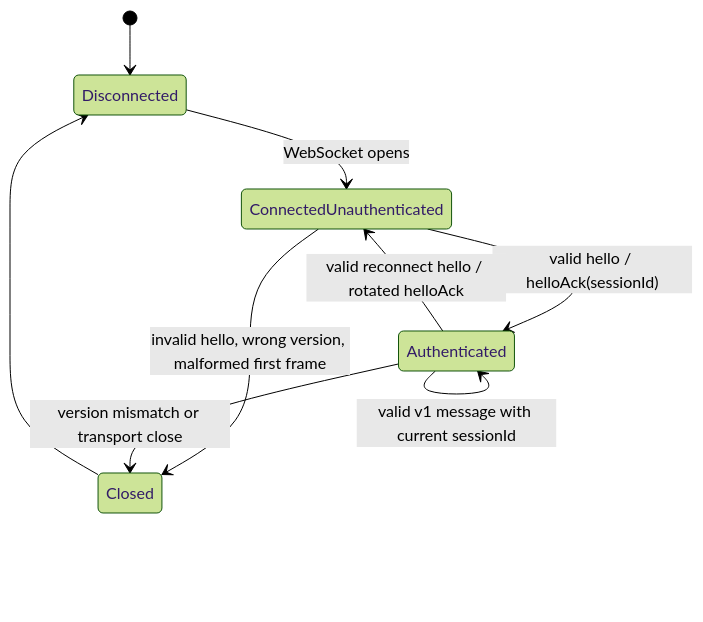
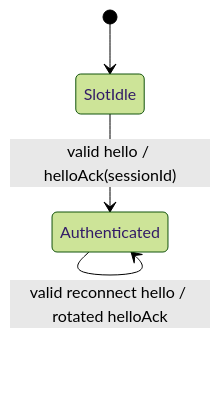
Before and after one commit to brettinternet/stream-deck-hammerspoon: the first of 3 diagrams in docs/protocol.md, drawn with Mermaid (forest theme). The commit also changed other lines of this file and 2 other files, not shown here.

Commit message:
Correct B4 slot lifecycle docs

````diff
--- a/docs/protocol.md
+++ b/docs/protocol.md
@@ -70,11 +70,7 @@
 ```mermaid
 stateDiagram-v2
-    [*] --> Disconnected
-    Disconnected --> ConnectedUnauthenticated: WebSocket opens
-    ConnectedUnauthenticated --> Authenticated: valid hello / helloAck(sessionId)
+    [*] --> SlotIdle
+    SlotIdle --> Authenticated: valid hello / helloAck(sessionId)
     Authenticated --> Authenticated: valid v1 message with current sessionId
-    Authenticated --> ConnectedUnauthenticated: valid reconnect hello / rotated helloAck
-    ConnectedUnauthenticated --> Closed: invalid hello, wrong version, malformed first frame
-    Authenticated --> Closed: version mismatch or transport close
-    Closed --> Disconnected
+    Authenticated --> Authenticated: valid reconnect hello / rotated helloAck
 ```
````
